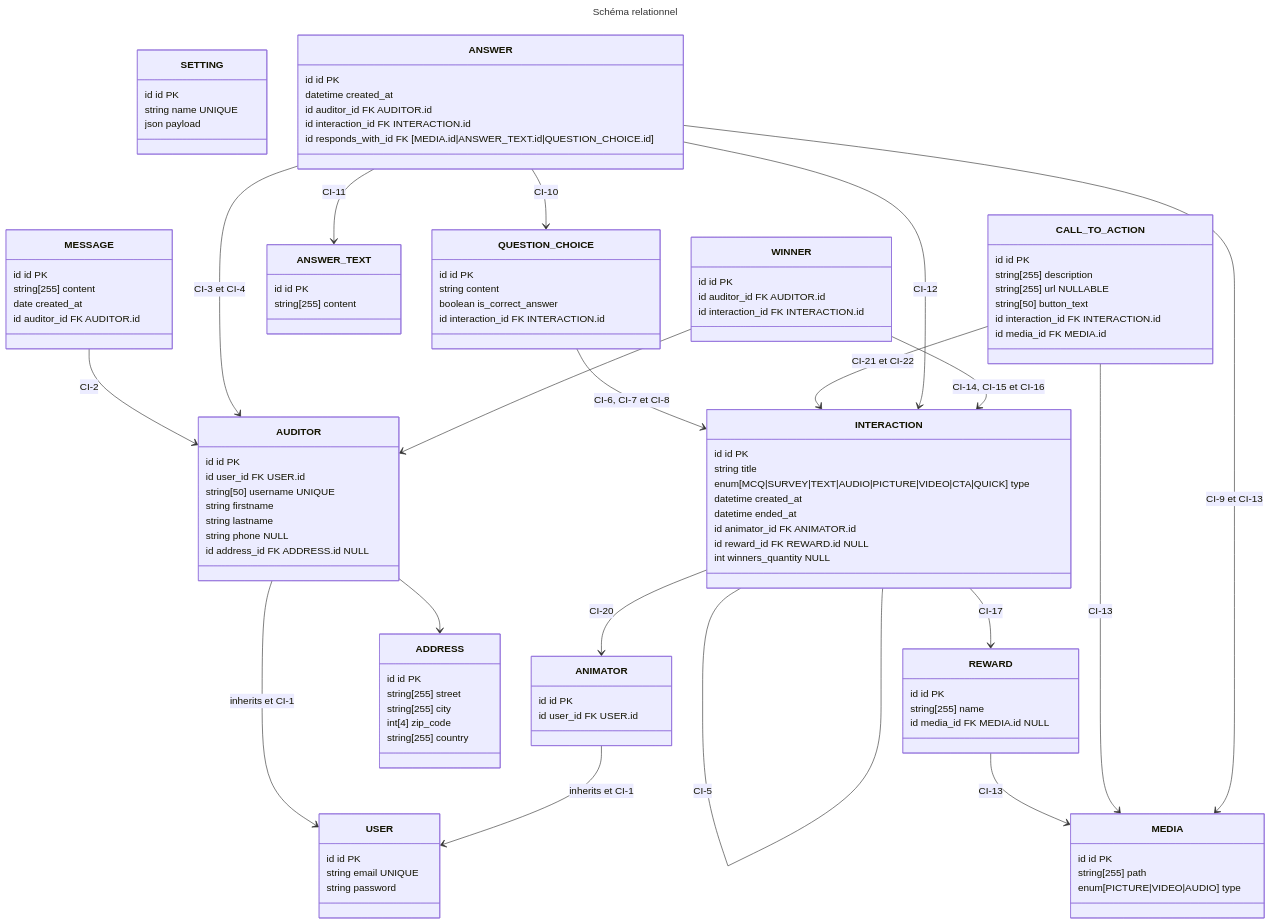
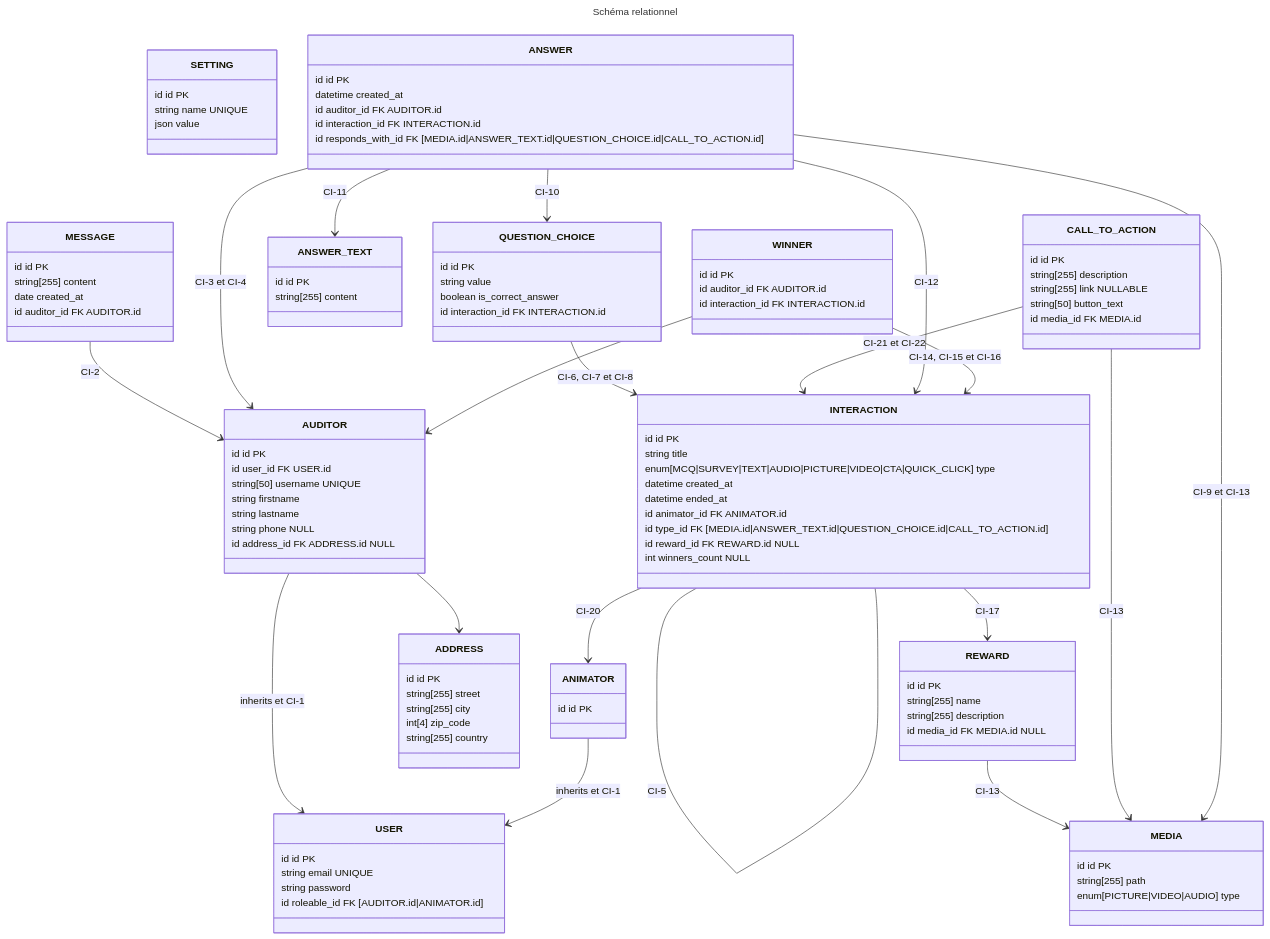
One commit to C-Super/couleur3 changed the diagram in docs/database/relational-schema.md. Above: the diagram before and after it, drawn with Mermaid. The commit also changed 62 other files, not shown here.

```diff
--- a/docs/database/relational-schema.md
+++ b/docs/database/relational-schema.md
@@ -7,18 +7,18 @@
     class SETTING {
         id id PK
         string name UNIQUE
-        json payload
+        json value
     }
 
     class USER {
         id id PK
         string email UNIQUE
         string password
+        id roleable_id FK [AUDITOR.id|ANIMATOR.id]
     }
 
     class ANIMATOR {
         id id PK
-        id user_id FK USER.id
     }
 
     class AUDITOR {
@@ -55,23 +55,25 @@
     class INTERACTION {
         id id PK
         string title
-        enum[MCQ|SURVEY|TEXT|AUDIO|PICTURE|VIDEO|CTA|QUICK] type
+        enum[MCQ|SURVEY|TEXT|AUDIO|PICTURE|VIDEO|CTA|QUICK_CLICK] type
         datetime created_at
         datetime ended_at
         id animator_id FK ANIMATOR.id
+        id type_id FK [MEDIA.id|ANSWER_TEXT.id|QUESTION_CHOICE.id|CALL_TO_ACTION.id]
         id reward_id FK REWARD.id NULL
-        int winners_quantity NULL
+        int winners_count NULL
     }
 
     class REWARD {
         id id PK
         string[255] name
+        string[255] description
         id media_id FK MEDIA.id NULL
     }
 
     class QUESTION_CHOICE {
         id id PK
-        string content
+        string value
         boolean is_correct_answer
         id interaction_id FK INTERACTION.id
     }
@@ -81,7 +83,7 @@
         datetime created_at
         id auditor_id FK AUDITOR.id
         id interaction_id FK INTERACTION.id
-        id responds_with_id FK [MEDIA.id|ANSWER_TEXT.id|QUESTION_CHOICE.id]
+        id responds_with_id FK [MEDIA.id|ANSWER_TEXT.id|QUESTION_CHOICE.id|CALL_TO_ACTION.id]
     }
 
     class ANSWER_TEXT {
@@ -98,9 +100,8 @@
     class CALL_TO_ACTION {
         id id PK
         string[255] description
-        string[255] url NULLABLE
+        string[255] link NULLABLE
         string[50] button_text
-        id interaction_id FK INTERACTION.id
         id media_id FK MEDIA.id
     }
 
```
